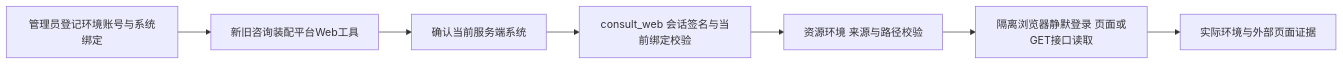
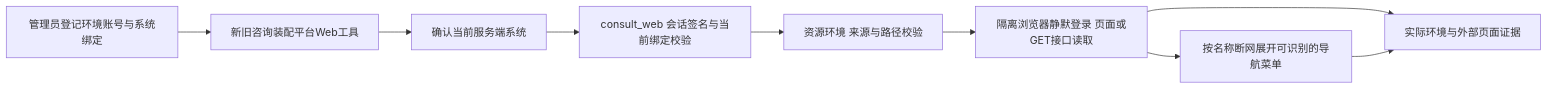
Before and after one commit to exception-coder/kai-toolbox: diagram 47 of 52 in docs/ai-coding-architecture.md, drawn with Mermaid. The commit also changed other lines of this file and 39 other files, not shown here.

````diff
--- a/docs/ai-coding-architecture.md
+++ b/docs/ai-coding-architecture.md
@@ -1190,9 +1194,11 @@
 ```mermaid
 flowchart LR
   A[管理员登记环境账号与系统绑定] --> B[新旧咨询装配平台Web工具]
   B --> C[确认当前服务端系统]
   C --> D[consult_web 会话签名与当前绑定校验]
   D --> E[资源环境 来源与路径校验]
   E --> F[隔离浏览器静默登录 页面或GET接口读取]
   F --> G[实际环境与外部页面证据]
+  F --> H[按名称断网展开可识别的导航菜单]
+  H --> G
 ```
````
